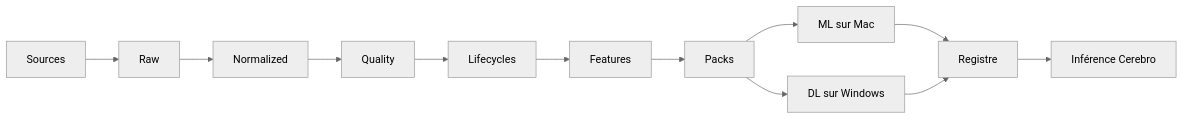
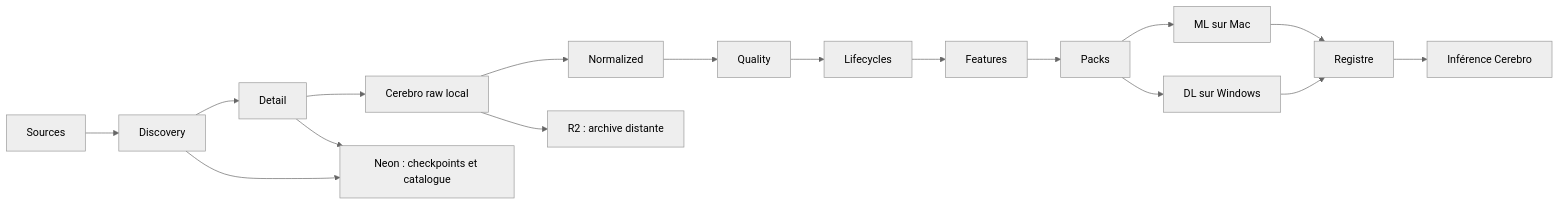
The diagram in docs/architecture/overview.md (ltixier2/atlaspump), drawn with Mermaid (neutral theme) before and after one commit. The commit also changed other lines of this file and 10 other files, not shown here.

Commit message:
docs: align RFCs with Cerebro, Neon, R2 and split collectors

````diff
--- a/docs/architecture/overview.md
+++ b/docs/architecture/overview.md
@@ -5,9 +5,12 @@
 ```mermaid
 flowchart LR
-  Sources --> Raw --> Normalized --> Quality --> Lifecycles --> Features --> Packs
+  Sources --> Discovery --> Detail --> Raw[Cerebro raw local] --> Normalized --> Quality --> Lifecycles --> Features --> Packs
+  Discovery --> Neon[Neon : checkpoints et catalogue]
+  Detail --> Neon
+  Raw --> R2[R2 : archive distante]
   Packs --> Mac[ML sur Mac]
   Packs --> Windows[DL sur Windows]
   Mac --> Registry[Registre]
   Windows --> Registry
   Registry --> Cerebro[Inférence Cerebro]
 ```
````
